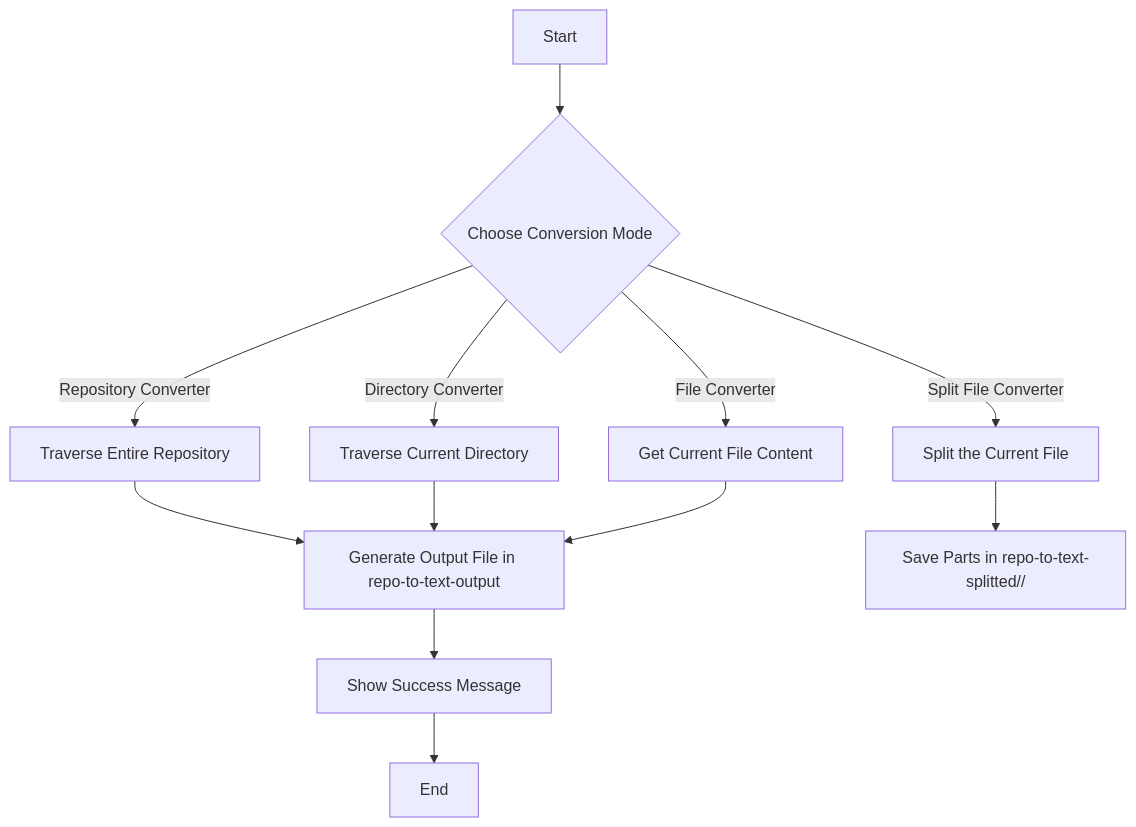
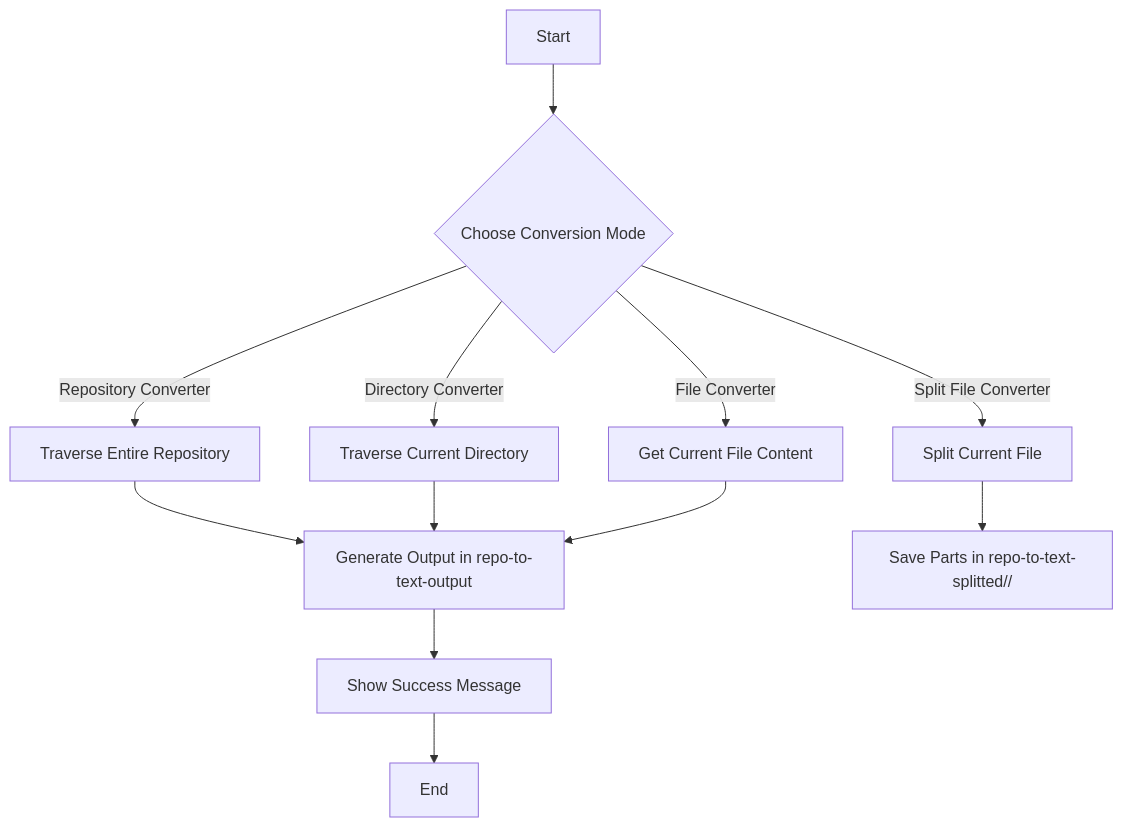
One commit to brunocalmon/vscode-dir-to-text-converter changed the diagram in README.md. Above: the diagram before and after it, drawn with Mermaid. The commit also changed other lines of this file, not shown here.

````diff
--- a/README.md
+++ b/README.md
@@ -19,14 +34,14 @@
 ```mermaid
 flowchart TD
     A[Start] --> B{Choose Conversion Mode}
     B -->|Repository Converter| C[Traverse Entire Repository]
     B -->|Directory Converter| D[Traverse Current Directory]
     B -->|File Converter| E[Get Current File Content]
-    B -->|Split File Converter| F[Split the Current File]
-    C --> G[Generate Output File in repo-to-text-output]
+    B -->|Split File Converter| F[Split Current File]
+    C --> G[Generate Output in repo-to-text-output]
     D --> G
     E --> G
     F --> H[Save Parts in repo-to-text-splitted/<original-file-name>/]
     G --> I[Show Success Message]
     I --> J[End]
 ```
````
